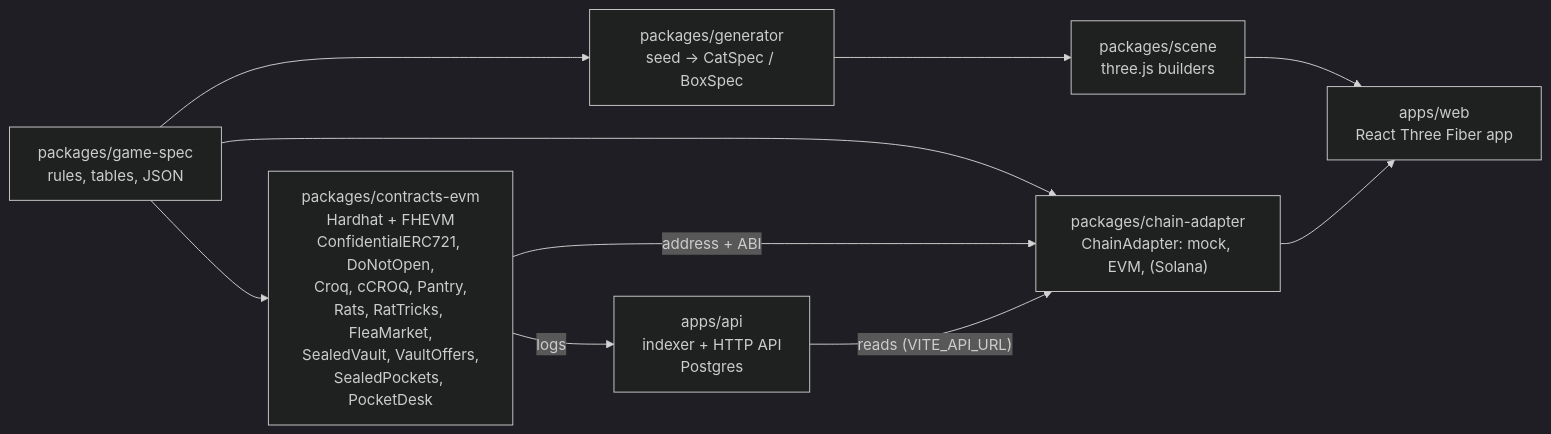
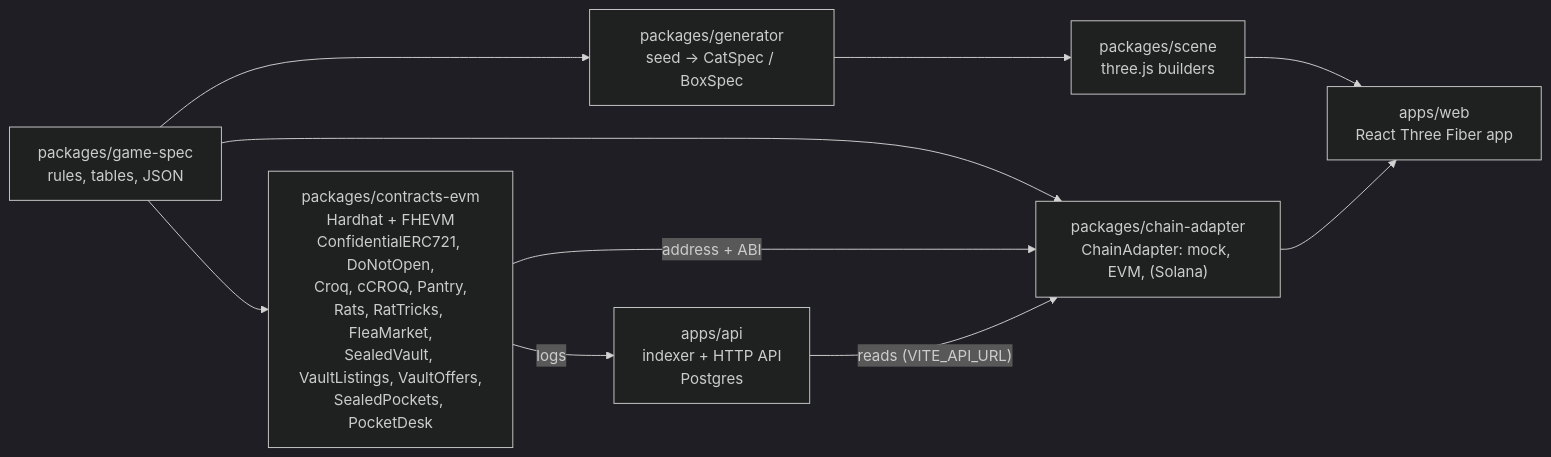
Before and after one commit to jecombe/do_not_open: the second of 2 diagrams in README.md, drawn with Mermaid (dark theme). The commit also changed other lines of this file and 54 other files, not shown here.

Commit message:
Write the vault's Seaport listings through VaultListings the way OpenSea shows them, on Seaport 1.6 with OpenSea's conduit, zone and fees on mainnet, and prove OpenSea's offers fill by replaying one on a fork

````diff
--- a/README.md
+++ b/README.md
@@ -99,16 +99,16 @@
 ```mermaid
 flowchart LR
   spec["packages/game-spec<br/>rules, tables, JSON"]
   gen["packages/generator<br/>seed -> CatSpec / BoxSpec"]
   scene["packages/scene<br/>three.js builders"]
   web["apps/web<br/>React Three Fiber app"]
-  evm["packages/contracts-evm<br/>Hardhat + FHEVM<br/>ConfidentialERC721, DoNotOpen,<br/>Croq, cCROQ, Pantry,<br/>Rats, RatTricks, FleaMarket,<br/>SealedVault, VaultOffers,<br/>SealedPockets, PocketDesk"]
+  evm["packages/contracts-evm<br/>Hardhat + FHEVM<br/>ConfidentialERC721, DoNotOpen,<br/>Croq, cCROQ, Pantry,<br/>Rats, RatTricks, FleaMarket,<br/>SealedVault, VaultListings, VaultOffers,<br/>SealedPockets, PocketDesk"]
   adapter["packages/chain-adapter<br/>ChainAdapter: mock, EVM, (Solana)"]
   api["apps/api<br/>indexer + HTTP API<br/>Postgres"]
 
   spec --> gen --> scene --> web
   spec --> evm
   spec --> adapter
   evm -- address + ABI --> adapter --> web
   evm -- logs --> api -- "reads (VITE_API_URL)" --> adapter
 ```
````
